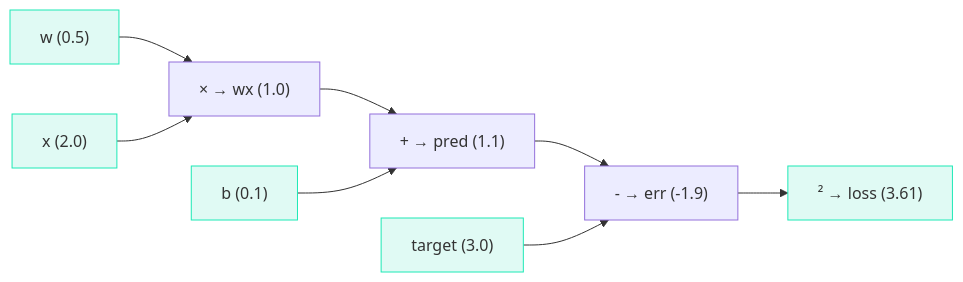
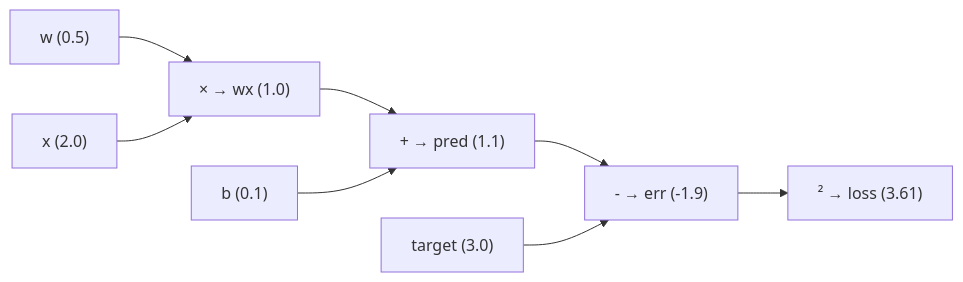
Before and after one commit to iamkhalid2/microgpt-course: the diagram in docs/02-calculus-and-autograd/05-building-a-computation-graph.md, drawn with Mermaid. The commit also changed 20 other files, not shown here.

Commit message:
Remove all inline Mermaid styles - let theme handle colors natively

````diff
--- a/docs/02-calculus-and-autograd/05-building-a-computation-graph.md
+++ b/docs/02-calculus-and-autograd/05-building-a-computation-graph.md
@@ -36,16 +36,10 @@
 ```mermaid
 flowchart LR
     W["w (0.5)"] --> MUL["× → wx (1.0)"]
     X["x (2.0)"] --> MUL
     MUL --> ADD["+ → pred (1.1)"]
     B["b (0.1)"] --> ADD
     ADD --> SUB["- → err (-1.9)"]
     T["target (3.0)"] --> SUB
     SUB --> POW["² → loss (3.61)"]
-
-    style W fill:#e0faf4,stroke:#1de9b6
-    style B fill:#e0faf4,stroke:#1de9b6
-    style X fill:#e0faf4,stroke:#1de9b6
-    style T fill:#e0faf4,stroke:#1de9b6
-    style POW fill:#e0faf4,stroke:#1de9b6
 ```
````
